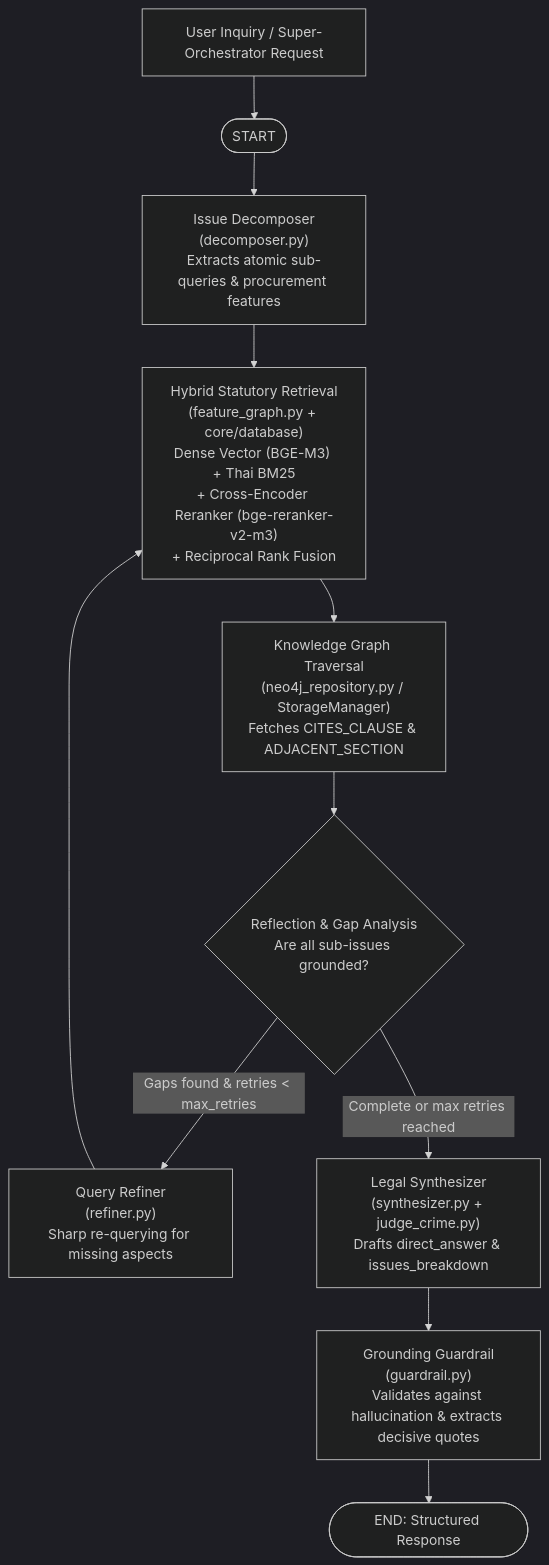
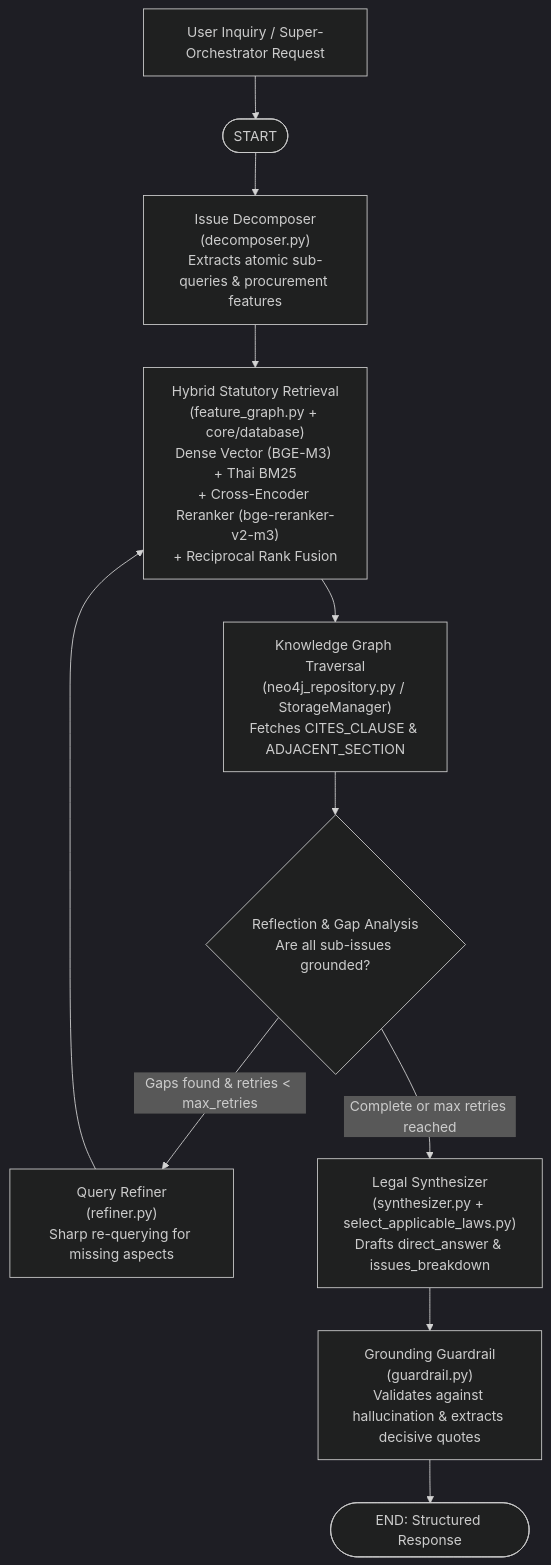
Before and after one commit to PaweekornS/ProcurementQA_Agent: the diagram in docs/REPORT.md, drawn with Mermaid (dark theme). The commit also changed other lines of this file and 70 other files, not shown here.

````diff
--- a/docs/REPORT.md
+++ b/docs/REPORT.md
@@ -13,20 +13,20 @@
 ```mermaid
 flowchart TD
     Q["User Inquiry / Super-Orchestrator Request"] --> START([START])
     START --> DEC["Issue Decomposer\n(decomposer.py)\nExtracts atomic sub-queries & procurement features"]
     
     DEC --> RET["Hybrid Statutory Retrieval\n(feature_graph.py + core/database)\nDense Vector (BGE-M3) + Thai BM25\n+ Cross-Encoder Reranker (bge-reranker-v2-m3)\n+ Reciprocal Rank Fusion"]
     
     RET --> TRAV["Knowledge Graph Traversal\n(neo4j_repository.py / StorageManager)\nFetches CITES_CLAUSE & ADJACENT_SECTION"]
     
     TRAV --> REFL{"Reflection & Gap Analysis\nAre all sub-issues grounded?"}
     
     REFL -- "Gaps found & retries < max_retries" --> REF["Query Refiner\n(refiner.py)\nSharp re-querying for missing aspects"]
     REF --> RET
     
-    REFL -- "Complete or max retries reached" --> SYN["Legal Synthesizer\n(synthesizer.py + judge_crime.py)\nDrafts direct_answer & issues_breakdown"]
+    REFL -- "Complete or max retries reached" --> SYN["Legal Synthesizer\n(synthesizer.py + select_applicable_laws.py)\nDrafts direct_answer & issues_breakdown"]
     
     SYN --> GUARD["Grounding Guardrail\n(guardrail.py)\nValidates against hallucination & extracts decisive quotes"]
     
     GUARD --> END([END: Structured Response])
 ```
````
